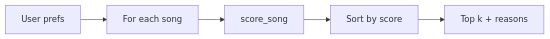
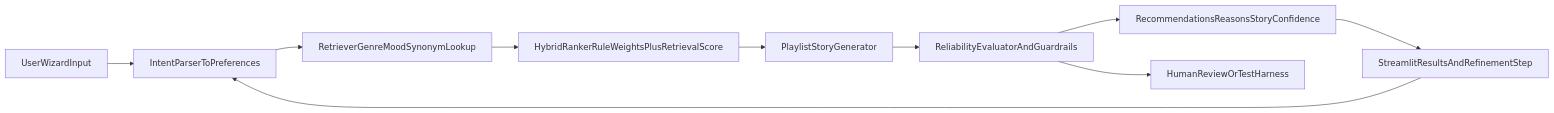
One commit to akgupta2002D/advanced-ai-music-recommendar changed the diagram in README.md. Above: the diagram before and after it, drawn with Mermaid. The commit also changed other lines of this file and 2 other files, not shown here.

````diff
--- a/README.md
+++ b/README.md
@@ -27,7 +20,12 @@
 ```mermaid
 flowchart LR
-  A[User prefs] --> B[For each song]
-  B --> C[score_song]
-  C --> D[Sort by score]
-  D --> E[Top k + reasons]
+  userInput[UserWizardInput] --> parser[IntentParserToPreferences]
+  parser --> retrieval[RetrieverGenreMoodSynonymLookup]
+  retrieval --> ranking[HybridRankerRuleWeightsPlusRetrievalScore]
+  ranking --> storyGen[PlaylistStoryGenerator]
+  storyGen --> evaluator[ReliabilityEvaluatorAndGuardrails]
+  evaluator --> output[RecommendationsReasonsStoryConfidence]
+  output --> ui[StreamlitResultsAndRefinementStep]
+  ui --> parser
+  evaluator --> humanCheck[HumanReviewOrTestHarness]
 ```
````
